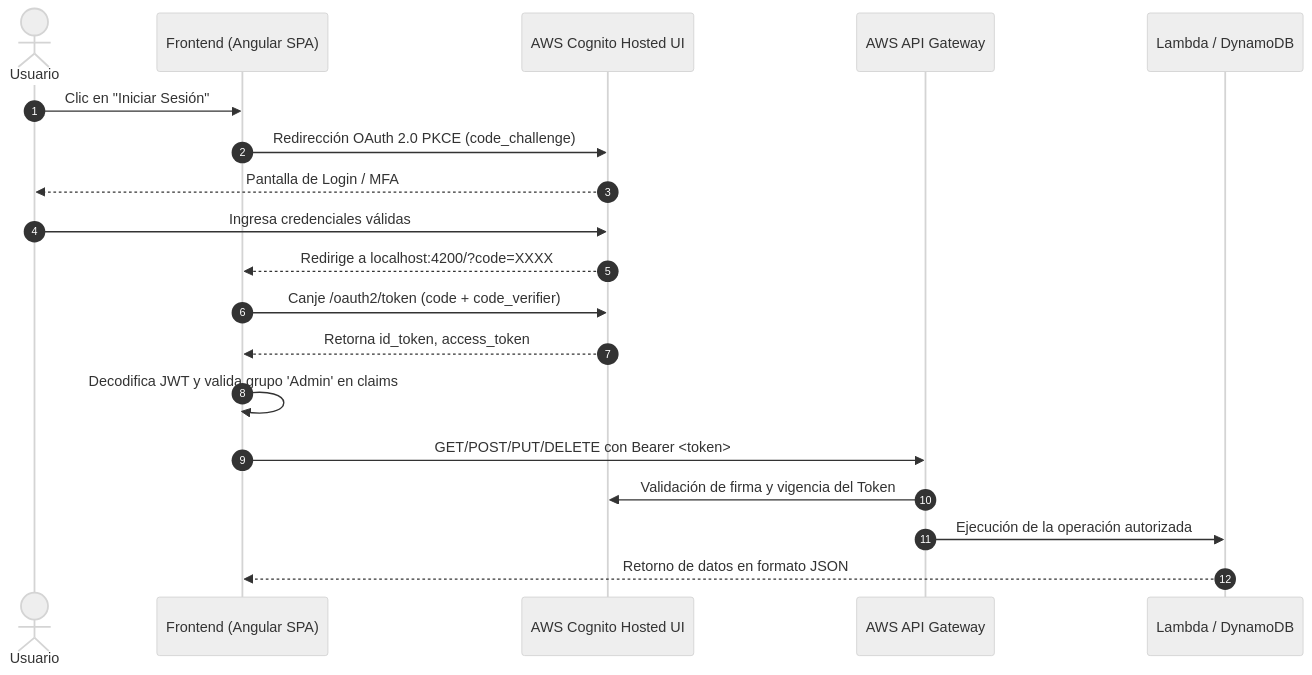
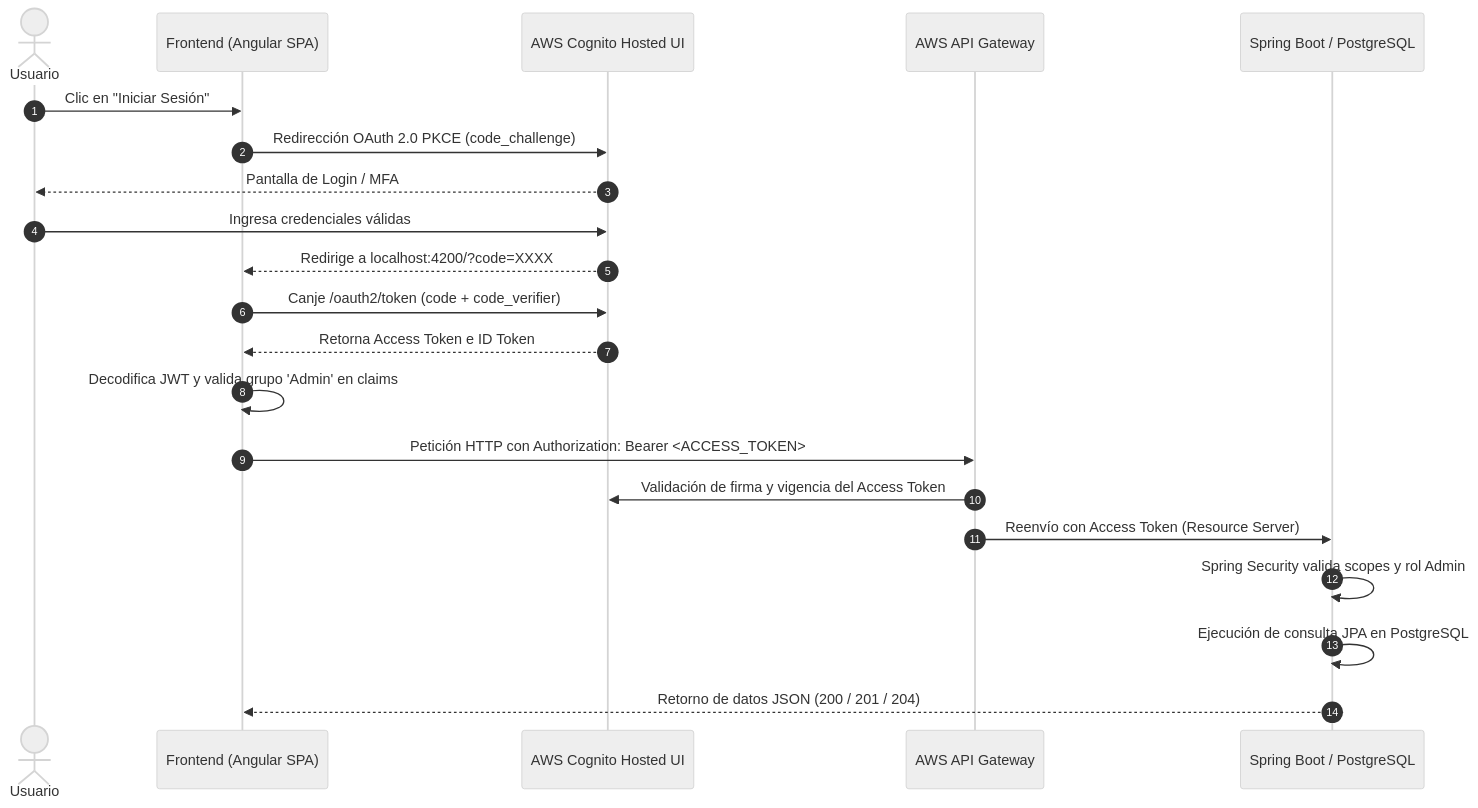
The diagram in AUDITORIA.md (Vi8let/pedidos360-frontend), drawn with Mermaid (neutral theme) before and after one commit. The commit also changed other lines of this file and 9 other files, not shown here.

Commit message:
feat: adaptacion frontend a arquitectura definitiva Spring Boot, PostgreSQL, Access Token OIDC y control de errores HTTP

````diff
--- a/AUDITORIA.md
+++ b/AUDITORIA.md
@@ -101,22 +103,24 @@
 ```mermaid
 sequenceDiagram
     autonumber
     actor Usuario
     participant Front as Frontend (Angular SPA)
     participant Cognito as AWS Cognito Hosted UI
     participant APIGW as AWS API Gateway
-    participant Backend as Lambda / DynamoDB
+    participant Backend as Spring Boot / PostgreSQL
 
     Usuario->>Front: Clic en "Iniciar Sesión"
     Front->>Cognito: Redirección OAuth 2.0 PKCE (code_challenge)
     Cognito-->>Usuario: Pantalla de Login / MFA
     Usuario->>Cognito: Ingresa credenciales válidas
     Cognito-->>Front: Redirige a localhost:4200/?code=XXXX
     Front->>Cognito: Canje /oauth2/token (code + code_verifier)
-    Cognito-->>Front: Retorna id_token, access_token
+    Cognito-->>Front: Retorna Access Token e ID Token
     Front->>Front: Decodifica JWT y valida grupo 'Admin' en claims
-    Front->>APIGW: GET/POST/PUT/DELETE con Bearer <token>
-    APIGW->>Cognito: Validación de firma y vigencia del Token
-    APIGW->>Backend: Ejecución de la operación autorizada
-    Backend-->>Front: Retorno de datos en formato JSON
+    Front->>APIGW: Petición HTTP con Authorization: Bearer <ACCESS_TOKEN>
+    APIGW->>Cognito: Validación de firma y vigencia del Access Token
+    APIGW->>Backend: Reenvío con Access Token (Resource Server)
+    Backend->>Backend: Spring Security valida scopes y rol Admin
+    Backend->>Backend: Ejecución de consulta JPA en PostgreSQL
+    Backend-->>Front: Retorno de datos JSON (200 / 201 / 204)
 ```
````
